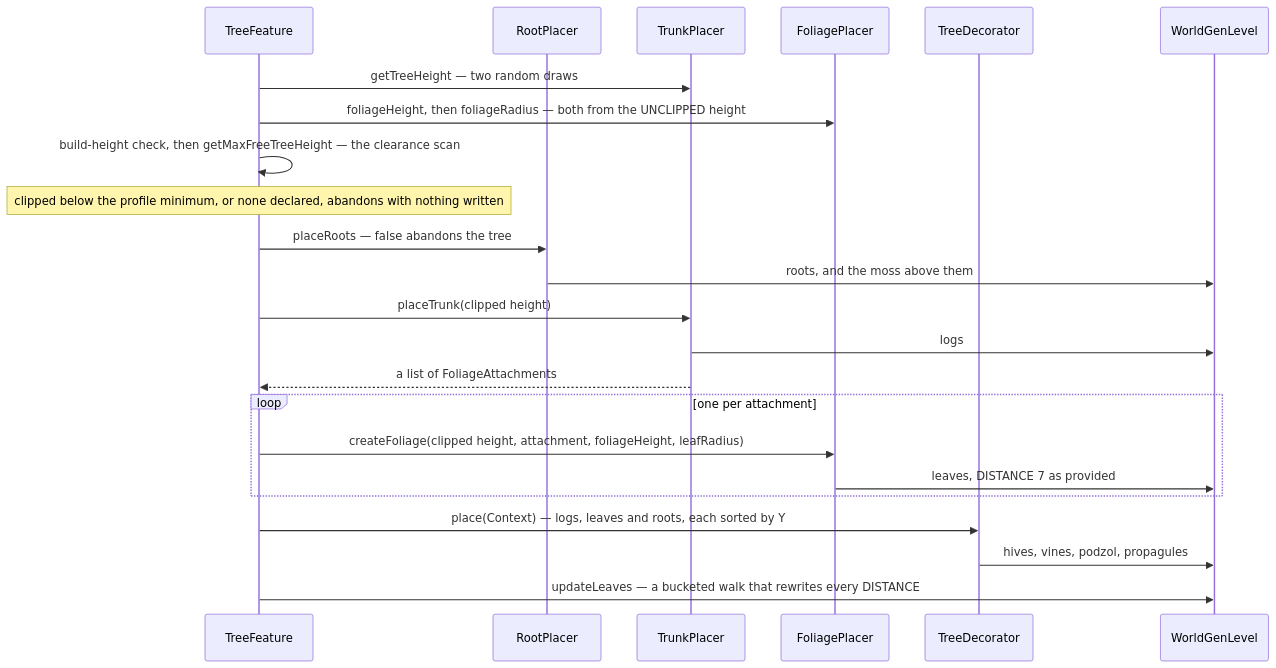
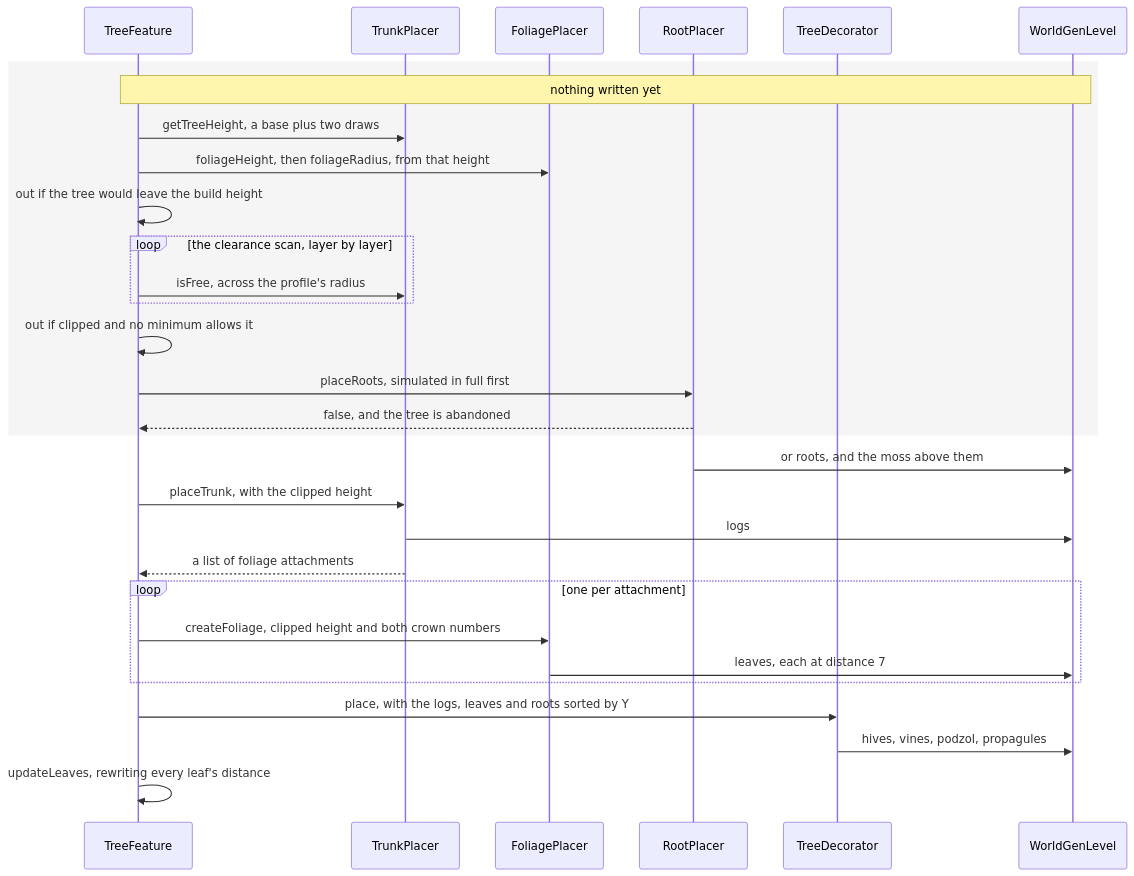
Before and after one commit to AlexanderjFraser/MinecraftDocs: the diagram in src/systems/worldgen/trees.md, drawn with Mermaid. The commit also changed other lines of this file and 16 other files, not shown here.

First line of the commit message:
pass 7, session L — Part XII: a figure that contradicted its page's own hook, twice, and the caller's method at the callee in a tenth part of ten

````diff
--- a/src/systems/worldgen/trees.md
+++ b/src/systems/worldgen/trees.md
@@ -49,26 +49,33 @@
 ```mermaid
 sequenceDiagram
     participant TF as TreeFeature
-    participant RootP as RootPlacer
     participant TP as TrunkPlacer
     participant FolP as FoliagePlacer
+    participant RootP as RootPlacer
     participant TDec as TreeDecorator
     participant WGL as WorldGenLevel
 
-    TF->>TP: getTreeHeight — two random draws
-    TF->>FolP: foliageHeight, then foliageRadius — both from the UNCLIPPED height
-    TF->>TF: build-height check, then getMaxFreeTreeHeight — the clearance scan
-    Note over TF: clipped below the profile minimum, or none declared, abandons with nothing written
-    TF->>RootP: placeRoots — false abandons the tree
-    RootP->>WGL: roots, and the moss above them
-    TF->>TP: placeTrunk(clipped height)
+    rect rgba(0, 0, 0, 0.04)
+    Note over TF,WGL: nothing written yet
+    TF->>TP: getTreeHeight, a base plus two draws
+    TF->>FolP: foliageHeight, then foliageRadius, from that height
+    TF->>TF: out if the tree would leave the build height
+    loop the clearance scan, layer by layer
+        TF->>TP: isFree, across the profile's radius
+    end
+    TF->>TF: out if clipped and no minimum allows it
+    TF->>RootP: placeRoots, simulated in full first
+    RootP-->>TF: false, and the tree is abandoned
+    end
+    RootP->>WGL: or roots, and the moss above them
+    TF->>TP: placeTrunk, with the clipped height
     TP->>WGL: logs
-    TP-->>TF: a list of FoliageAttachments
+    TP-->>TF: a list of foliage attachments
     loop one per attachment
-        TF->>FolP: createFoliage(clipped height, attachment, foliageHeight, leafRadius)
-        FolP->>WGL: leaves, DISTANCE 7 as provided
+        TF->>FolP: createFoliage, clipped height and both crown numbers
+        FolP->>WGL: leaves, each at distance 7
     end
-    TF->>TDec: place(Context) — logs, leaves and roots, each sorted by Y
+    TF->>TDec: place, with the logs, leaves and roots sorted by Y
     TDec->>WGL: hives, vines, podzol, propagules
-    TF->>WGL: updateLeaves — a bucketed walk that rewrites every DISTANCE
+    TF->>TF: updateLeaves, rewriting every leaf's distance
 ```
````
